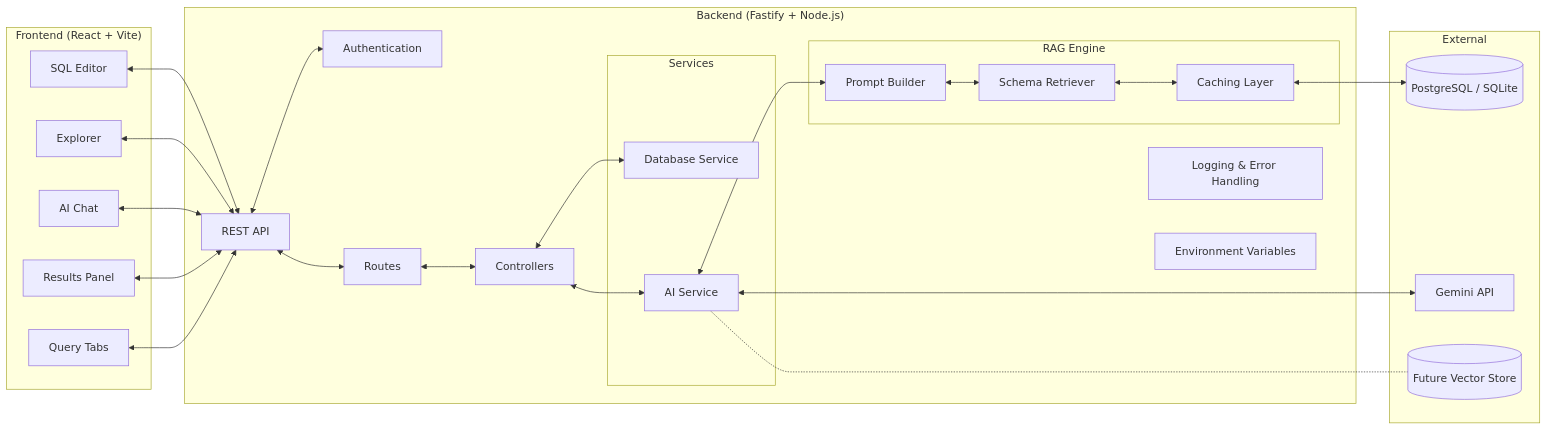
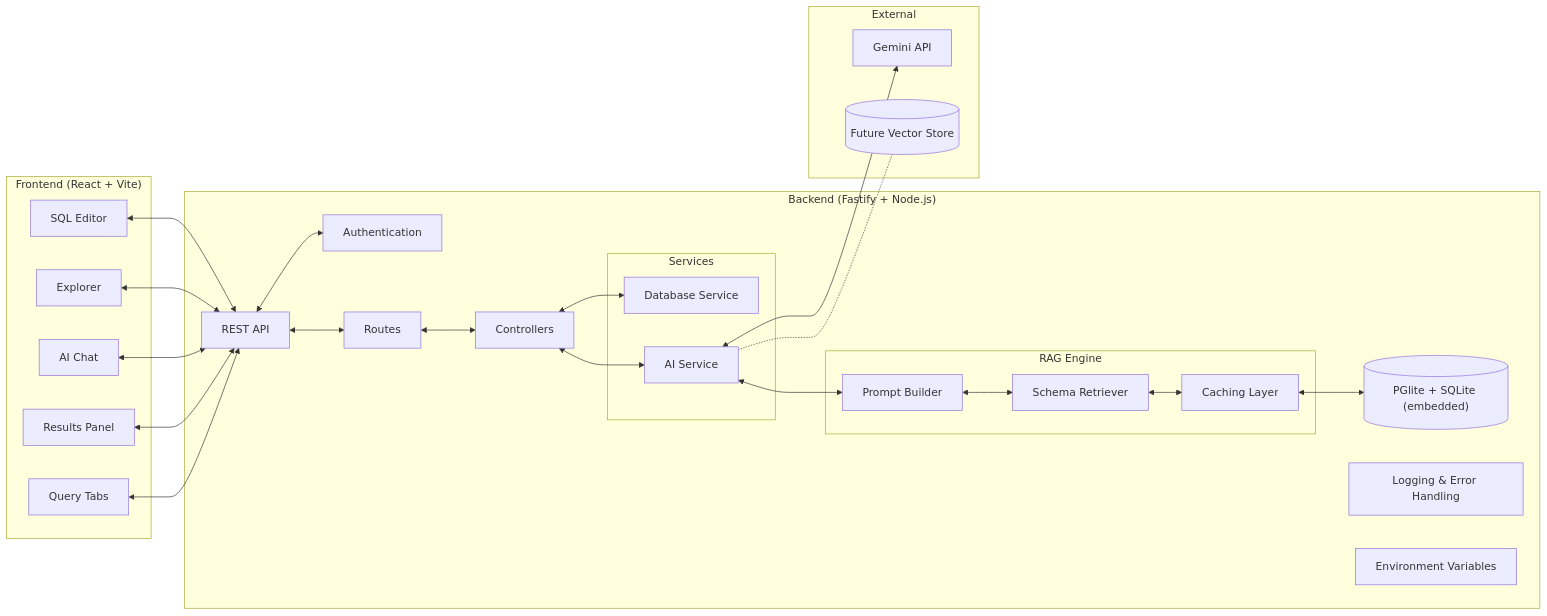
The second of 4 diagrams in README.md (MohammadAnas-07/SQLStudio), drawn with Mermaid before and after one commit. The commit also changed other lines of this file, not shown here.

First line of the commit message:
Fix PostgreSQL/SQLite terminology in README diagrams and stack table

````diff
--- a/README.md
+++ b/README.md
@@ -75,52 +75,53 @@
 ```mermaid
 flowchart LR
     subgraph Frontend ["Frontend (React + Vite)"]
         UI1[SQL Editor]
         UI2[Explorer]
         UI3[AI Chat]
         UI4[Results Panel]
         UI5[Query Tabs]
     end
 
     subgraph Backend ["Backend (Fastify + Node.js)"]
         API[REST API]
         Auth[Authentication]
         Ctrl[Controllers]
         Routes[Routes]
         
         subgraph Services
             DB[Database Service]
             AI[AI Service]
         end
         
         subgraph RAG Engine
             PB[Prompt Builder]
             SR[Schema Retriever]
             Cache[Caching Layer]
         end
         
+        PG[("PGlite + SQLite (embedded)")]
+
         Log[Logging & Error Handling]
         Env[Environment Variables]
     end
 
     subgraph External
-        PG[("PostgreSQL / SQLite")]
         Gemini[Gemini API]
         VectorStore[("Future Vector Store")]
     end
 
     UI1 & UI2 & UI3 & UI4 & UI5 <--> API
     API <--> Auth
     API <--> Routes
     Routes <--> Ctrl
     Ctrl <--> AI
     Ctrl <--> DB
     
     AI <--> PB
     PB <--> SR
     SR <--> Cache
     Cache <--> PG
     
     AI <--> Gemini
     AI -.- VectorStore
 ```
````
